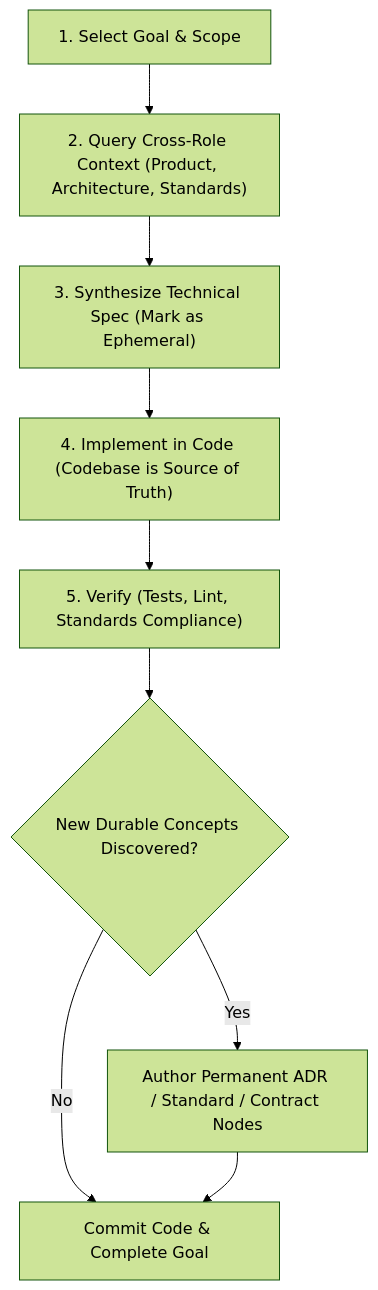
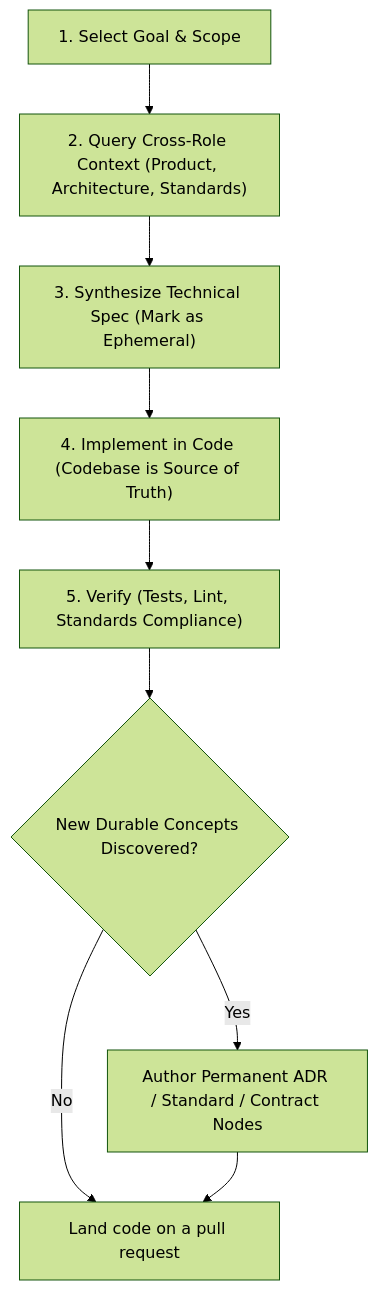
One commit to autonomous-bits/spool changed the diagram in .agents/skills/spool-technical-implementation/SKILL.md. Above: the diagram before and after it, drawn with Mermaid (forest theme). The commit also changed other lines of this file and 18 other files, not shown here.

````diff
--- a/.agents/skills/spool-technical-implementation/SKILL.md
+++ b/.agents/skills/spool-technical-implementation/SKILL.md
@@ -59,11 +59,11 @@
 ```mermaid
 flowchart TD
     A["1. Select Goal & Scope"] --> B["2. Query Cross-Role Context (Product, Architecture, Standards)"]
     B --> C["3. Synthesize Technical Spec (Mark as Ephemeral)"]
     C --> D["4. Implement in Code (Codebase is Source of Truth)"]
     D --> E["5. Verify (Tests, Lint, Standards Compliance)"]
     E --> F{"New Durable Concepts Discovered?"}
     F -- Yes --> G["Author Permanent ADR / Standard / Contract Nodes"]
-    F -- No --> H["Commit Code & Complete Goal"]
+    F -- No --> H["Land code on a pull request"]
     G --> H
 ```
````
